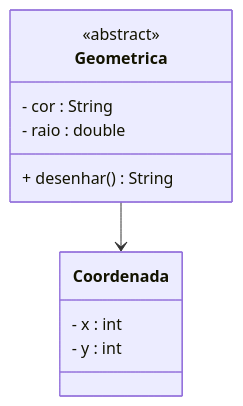
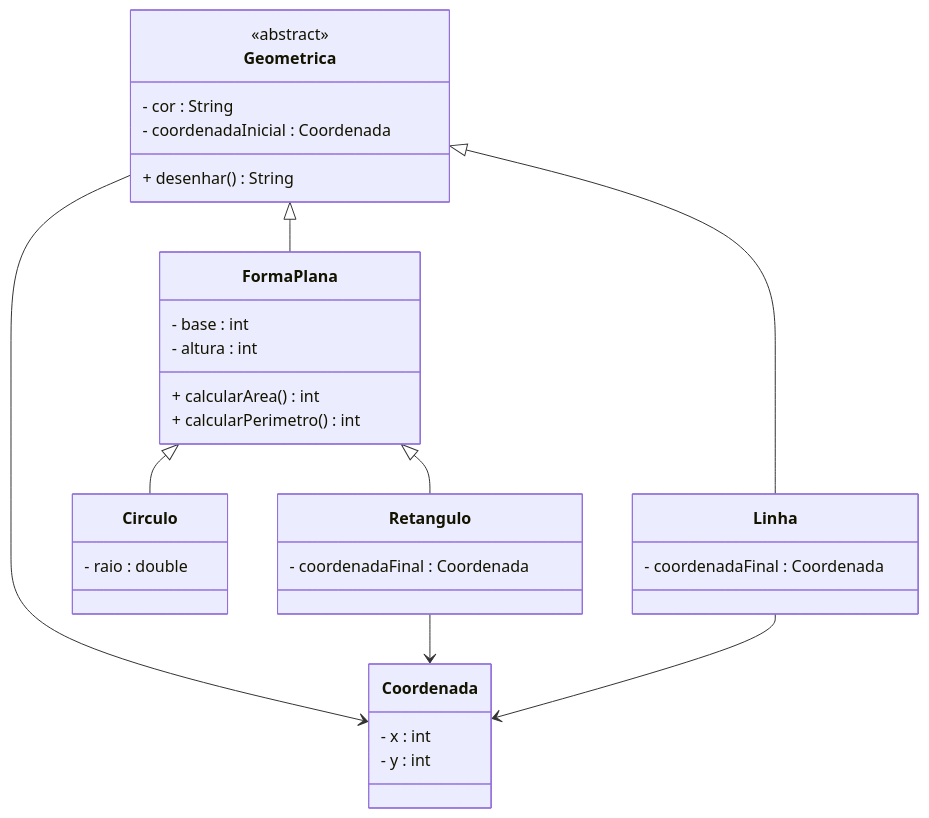
One commit to thesimas/ads-poo-2026 changed the diagram in aulas/2026-10-21-aula/exercicio_2/README.md. Above: the diagram before and after it, drawn with Mermaid. The commit also changed 6 other files, not shown here.

`````diff
--- a/aulas/2026-10-21-aula/exercicio_2/README.md
+++ b/aulas/2026-10-21-aula/exercicio_2/README.md
@@ -7,16 +7,41 @@
 ````mermaid
 classDiagram
     class Coordenada {
         - x : int
         - y : int
     }
     
     class Geometrica {
         <<abstract>>
         - cor : String
-        - raio : double
+        - coordenadaInicial : Coordenada
         + desenhar() String
     }
-
+    
+    class Linha {
+        - coordenadaFinal : Coordenada
+    }
+    
+    class FormaPlana {
+        - base : int
+        - altura : int
+        + calcularArea() int
+        + calcularPerimetro() int
+    }
+    
+    class Circulo {
+        - raio : double
+    }
+    
+    class Retangulo {
+        - coordenadaFinal : Coordenada
+    }
+    
     Geometrica --> Coordenada
+    Geometrica <|-- FormaPlana
+    FormaPlana <|-- Circulo
+    Geometrica <|-- Linha
+    FormaPlana <|-- Retangulo 
+    Linha --> Coordenada
+    Retangulo --> Coordenada
 ````
`````
